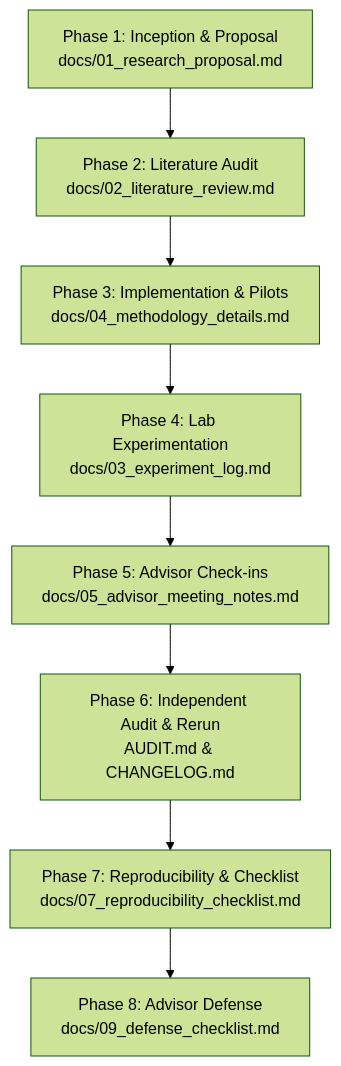
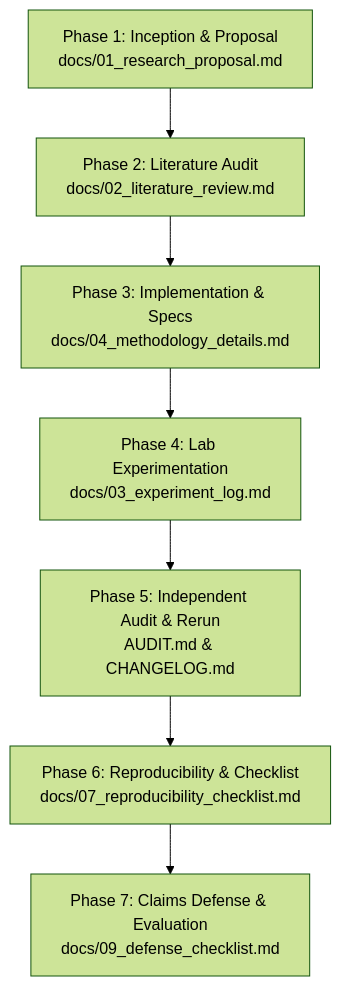
One commit to kamaleshpantra/Integrated-gradients-coupling changed the diagram in docs/README.md. Above: the diagram before and after it, drawn with Mermaid (forest theme). The commit also changed other lines of this file and 8 other files, not shown here.

Commit message:
Refactor documentation for independent authorship and peer-review evaluation

````diff
--- a/docs/README.md
+++ b/docs/README.md
@@ -14,10 +14,9 @@
 ```mermaid
 flowchart TD
     A["Phase 1: Inception & Proposal<br>docs/01_research_proposal.md"] --> B["Phase 2: Literature Audit<br>docs/02_literature_review.md"]
-    B --> C["Phase 3: Implementation & Pilots<br>docs/04_methodology_details.md"]
+    B --> C["Phase 3: Implementation & Specs<br>docs/04_methodology_details.md"]
     C --> D["Phase 4: Lab Experimentation<br>docs/03_experiment_log.md"]
-    D --> E["Phase 5: Advisor Check-ins<br>docs/05_advisor_meeting_notes.md"]
-    E --> F["Phase 6: Independent Audit & Rerun<br>AUDIT.md & CHANGELOG.md"]
-    F --> G["Phase 7: Reproducibility & Checklist<br>docs/07_reproducibility_checklist.md"]
-    G --> H["Phase 8: Advisor Defense<br>docs/09_defense_checklist.md"]
+    D --> E["Phase 5: Independent Audit & Rerun<br>AUDIT.md & CHANGELOG.md"]
+    E --> F["Phase 6: Reproducibility & Checklist<br>docs/07_reproducibility_checklist.md"]
+    F --> G["Phase 7: Claims Defense & Evaluation<br>docs/09_defense_checklist.md"]
 ```
````
